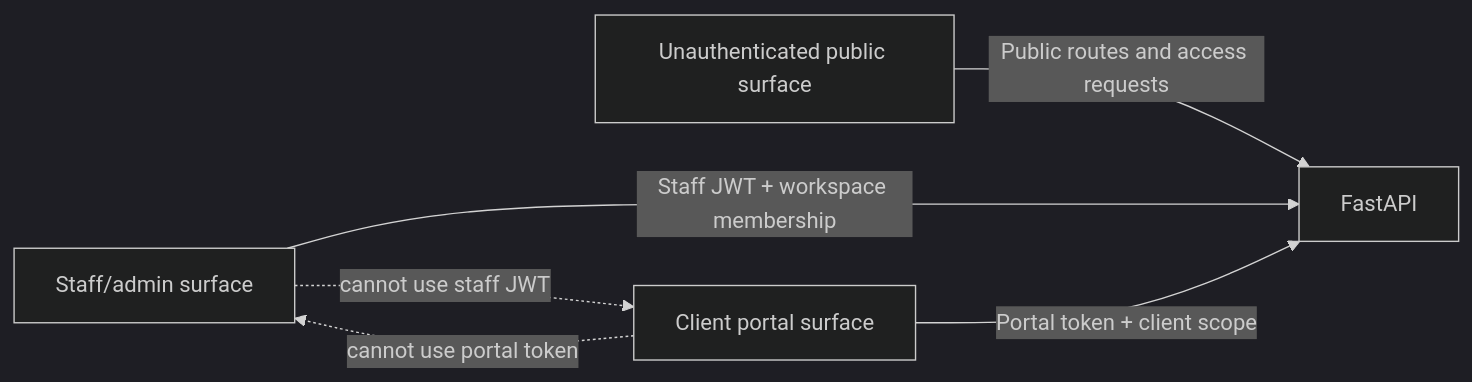
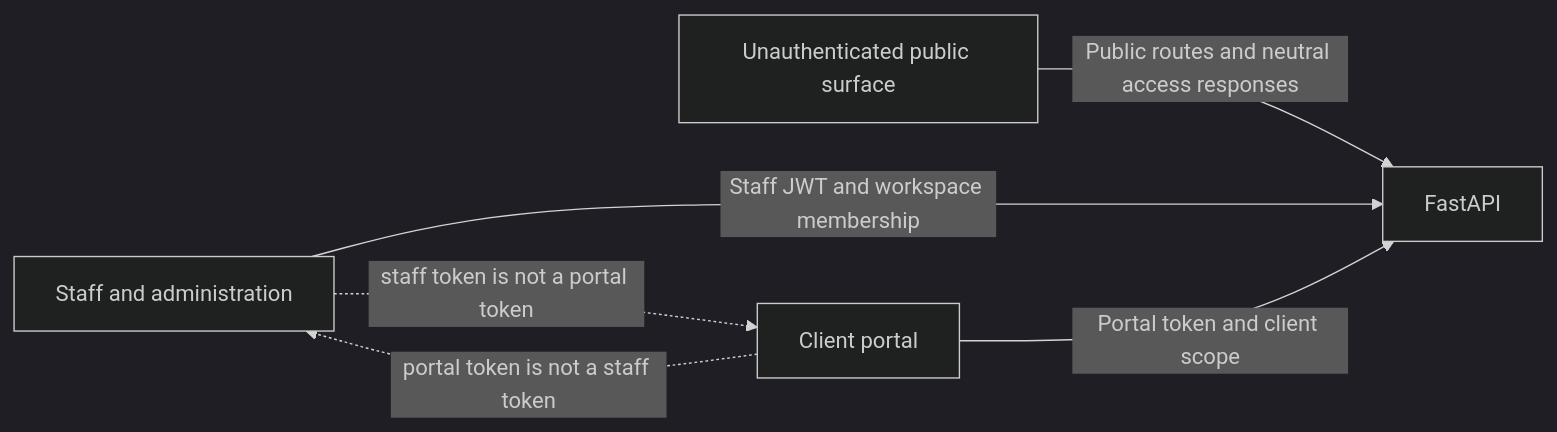
The third of 6 diagrams in ARCHITECTURE.md (anes-dev-ml/GymFlow-Showcase), drawn with Mermaid (dark theme) before and after one commit. The commit also changed other lines of this file, not shown here.

Commit message:
docs: polish architecture case study for public review

````diff
--- a/ARCHITECTURE.md
+++ b/ARCHITECTURE.md
@@ -102,14 +100,14 @@
 ```mermaid
 flowchart LR
     Public[Unauthenticated public surface]
-    Staff[Staff/admin surface]
-    Portal[Client portal surface]
+    Staff[Staff and administration]
+    Portal[Client portal]
     API[FastAPI]
 
-    Public -->|Public routes and access requests| API
-    Staff -->|Staff JWT + workspace membership| API
-    Portal -->|Portal token + client scope| API
+    Public -->|Public routes and neutral access responses| API
+    Staff -->|Staff JWT and workspace membership| API
+    Portal -->|Portal token and client scope| API
 
-    Staff -. cannot use staff JWT .-> Portal
-    Portal -. cannot use portal token .-> Staff
+    Staff -. staff token is not a portal token .-> Portal
+    Portal -. portal token is not a staff token .-> Staff
 ```
````
